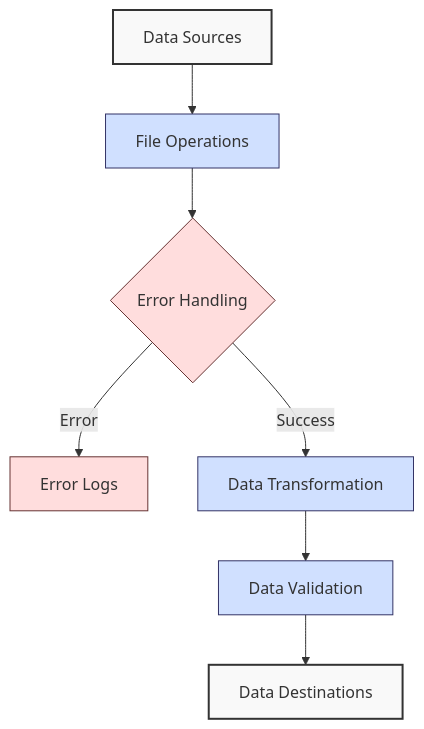
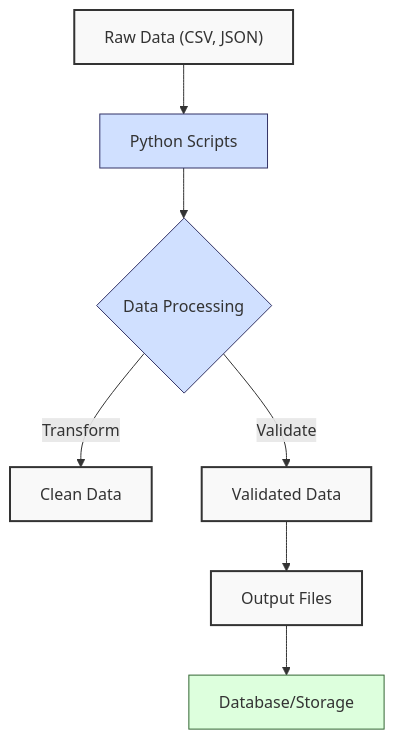
The first of 2 diagrams in apps-standalone/ayokoding-web/content/en/learn/software-engineering/onboardings/hijra-data-engineering/ch02-python-data-handling-and-error-management/_index.md (wahidyankf/oss), drawn with Mermaid before and after one commit. The commit also changed other lines of this file, not shown here.

````diff
--- a/apps-standalone/ayokoding-web/content/en/learn/software-engineering/onboardings/hijra-data-engineering/ch02-python-data-handling-and-error-management/_index.md
+++ b/apps-standalone/ayokoding-web/content/en/learn/software-engineering/onboardings/hijra-data-engineering/ch02-python-data-handling-and-error-management/_index.md
@@ -16,19 +20,17 @@
 ```mermaid
 flowchart TD
-    A[Data Sources] --> B[File Operations]
-    B --> C{Error Handling}
-    C -->|Error| D[Error Logs]
-    C -->|Success| E[Data Transformation]
-    E --> F[Data Validation]
-    F --> G[Data Destinations]
+    A["Raw Data (CSV, JSON)"] --> B["Python Scripts"]
+    B --> C{"Data Processing"}
+    C -->|Transform| D["Clean Data"]
+    C -->|Validate| E["Validated Data"]
+    E --> F["Output Files"]
+    F --> G["Database/Storage"]
 
-    classDef sources fill:#f9f9f9,stroke:#333,stroke-width:2px
-    classDef operations fill:#d0e0ff,stroke:#336,stroke-width:1px
-    classDef errors fill:#ffdddd,stroke:#633,stroke-width:1px
-    classDef transforms fill:#ddffdd,stroke:#363,stroke-width:1px
+    classDef data fill:#f9f9f9,stroke:#333,stroke-width:2px
+    classDef process fill:#d0e0ff,stroke:#336,stroke-width:1px
+    classDef storage fill:#ddffdd,stroke:#363,stroke-width:1px
 
-    class A sources
-    class B,E,F operations
-    class C,D errors
-    class G sources
+    class A,D,E,F data
+    class B,C process
+    class G storage
 ```
````
